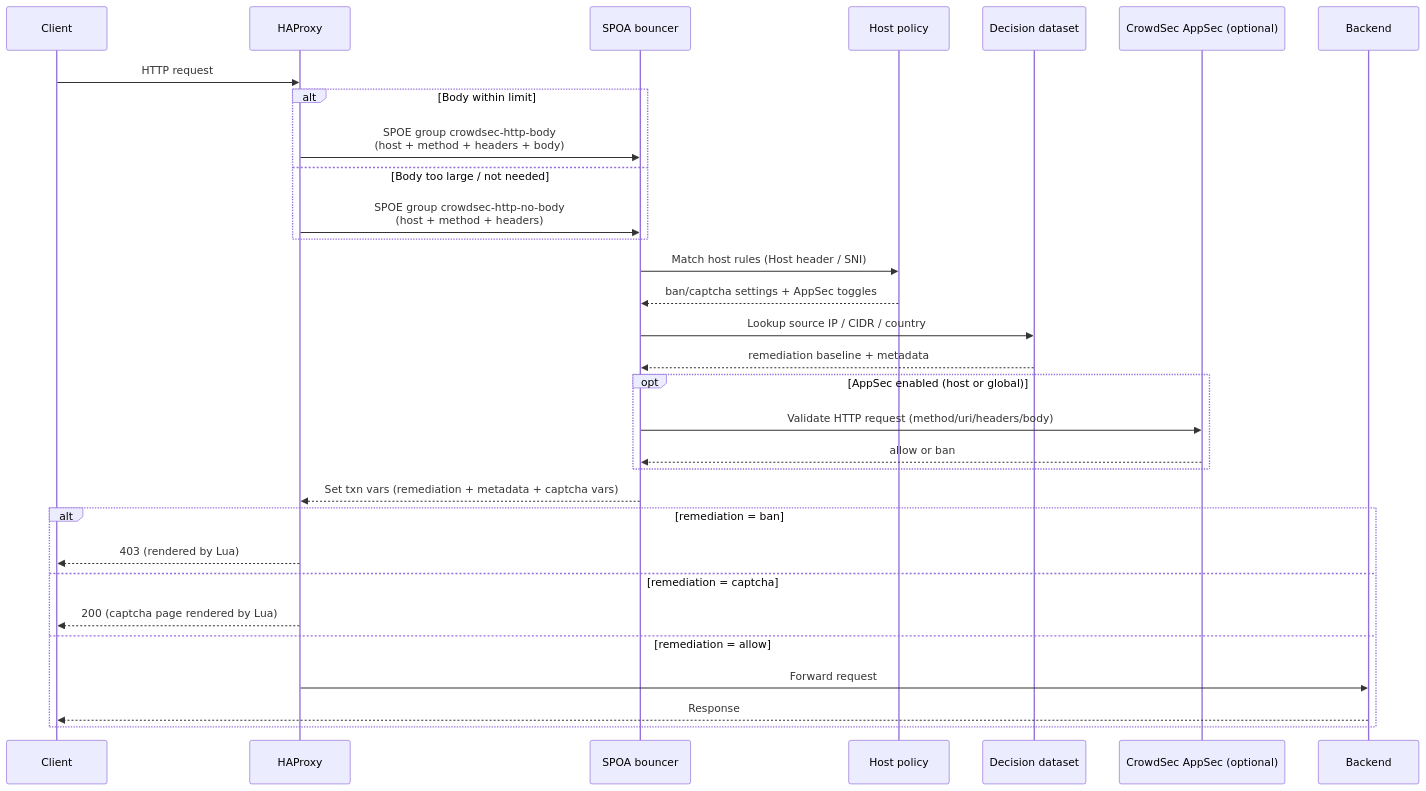
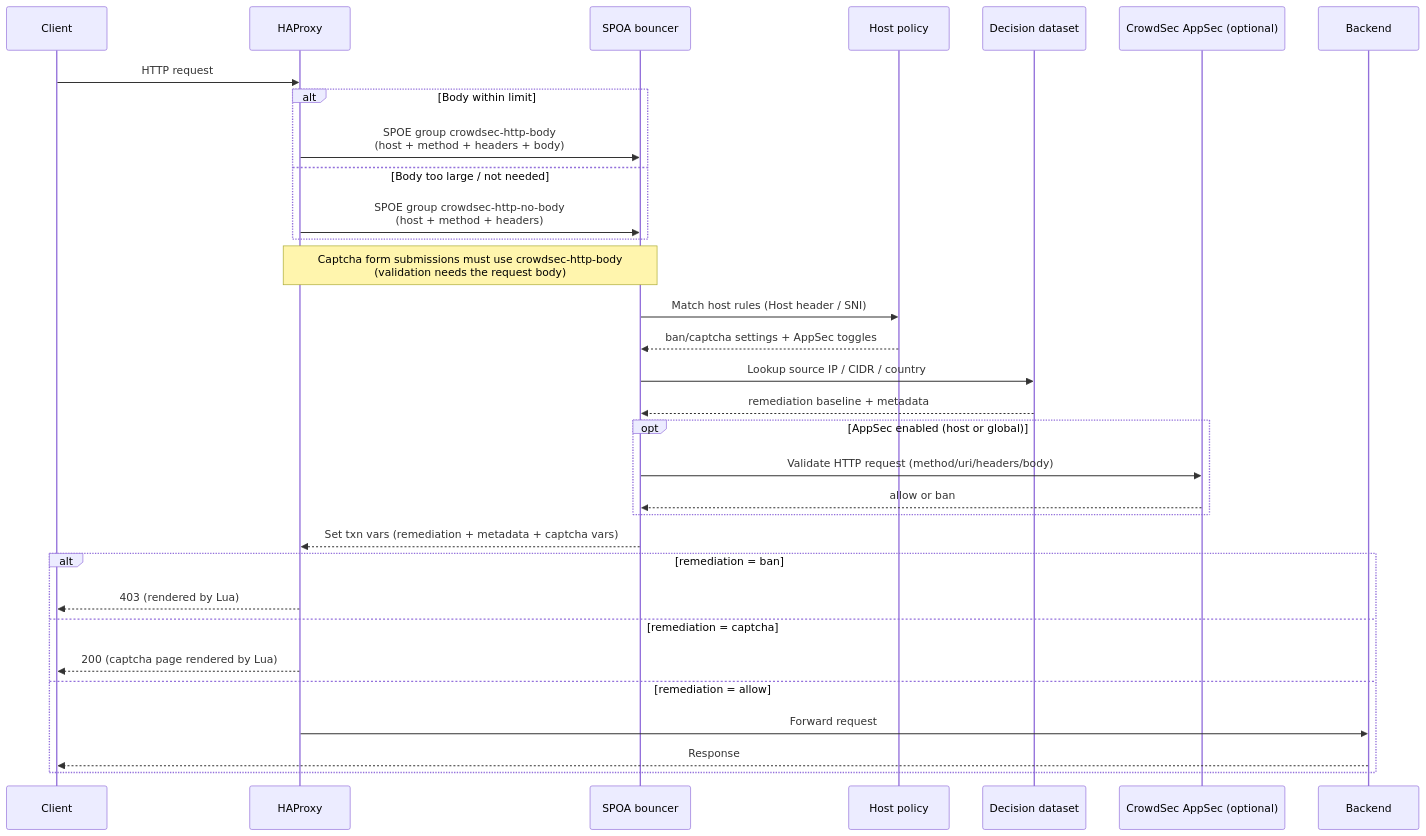
One commit to crowdsecurity/cs-haproxy-spoa-bouncer changed the fourth of 7 diagrams in README.md. Above: the diagram before and after it, drawn with Mermaid. The commit also changed other lines of this file, not shown here.

Commit message:
docs: require http body for captcha validation

````diff
--- a/README.md
+++ b/README.md
@@ -95,37 +95,38 @@
 ```mermaid
 sequenceDiagram
     participant Client
     participant HAProxy
     participant SPOA as SPOA bouncer
     participant Policy as Host policy
     participant Dataset as Decision dataset
     participant AppSec as CrowdSec AppSec (optional)
     participant Backend
 
     Client->>HAProxy: HTTP request
     alt Body within limit
         HAProxy->>SPOA: SPOE group crowdsec-http-body<br/>(host + method + headers + body)
     else Body too large / not needed
         HAProxy->>SPOA: SPOE group crowdsec-http-no-body<br/>(host + method + headers)
     end
+    Note over HAProxy,SPOA: Captcha form submissions must use crowdsec-http-body<br/>(validation needs the request body)
     SPOA->>Policy: Match host rules (Host header / SNI)
     Policy-->>SPOA: ban/captcha settings + AppSec toggles
     SPOA->>Dataset: Lookup source IP / CIDR / country
     Dataset-->>SPOA: remediation baseline + metadata
 
     opt AppSec enabled (host or global)
         SPOA->>AppSec: Validate HTTP request (method/uri/headers/body)
         AppSec-->>SPOA: allow or ban
     end
 
     SPOA-->>HAProxy: Set txn vars (remediation + metadata + captcha vars)
 
     alt remediation = ban
         HAProxy-->>Client: 403 (rendered by Lua)
     else remediation = captcha
         HAProxy-->>Client: 200 (captcha page rendered by Lua)
     else remediation = allow
         HAProxy->>Backend: Forward request
         Backend-->>Client: Response
     end
 ```
````
